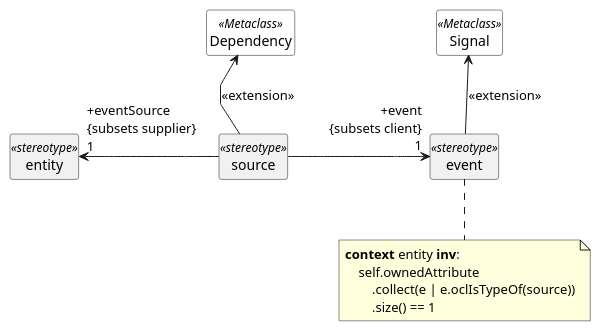
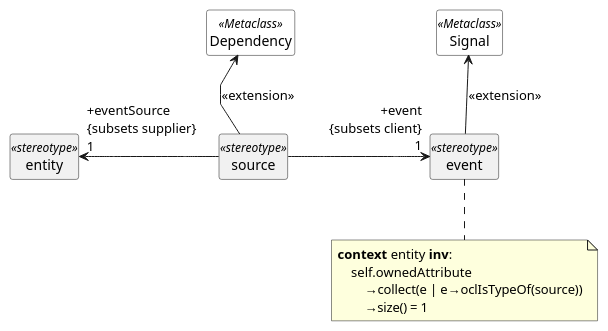
One commit to sdm-lang/tree-sitter-sdml changed diagram 16 of 21 in docs/uml-profile.org. Above: the diagram before and after it, drawn with PlantUML. The commit also changed other lines of this file and 29 other files, not shown here.

```diff
--- a/docs/uml-profile.org
+++ b/docs/uml-profile.org
@@ -528,29 +615,29 @@
 #+BEGIN_SRC plantuml :file uml-profile-event.svg
 skinparam backgroundColor transparent
 skinparam style strictuml
 skinparam linetype polyline
 skinparam nodesep 140
 
 hide circle
 hide empty members
 
 class entity <<stereotype>> {}
 
 class Signal <<Metaclass>> #white {}
 class event <<stereotype>> {}
 event -up-> Signal: <<extension>>
 
 class Dependency <<Metaclass>> #white {}
 class source <<stereotype>> {}
 source -up-> Dependency: <<extension>>
 
 source -left-> "+eventSource\l{subsets supplier}\l1" entity
 source -right-> "+event\r{subsets client}\r1" event
 
 note bottom of event
 **context** entity **inv**:
     self.ownedAttribute
-        .collect(e | e.oclIsTypeOf(source))
-        .size() == 1
+        →collect(e | e→oclIsTypeOf(source))
+        →size() = 1
 end note
 #+END_SRC
```
